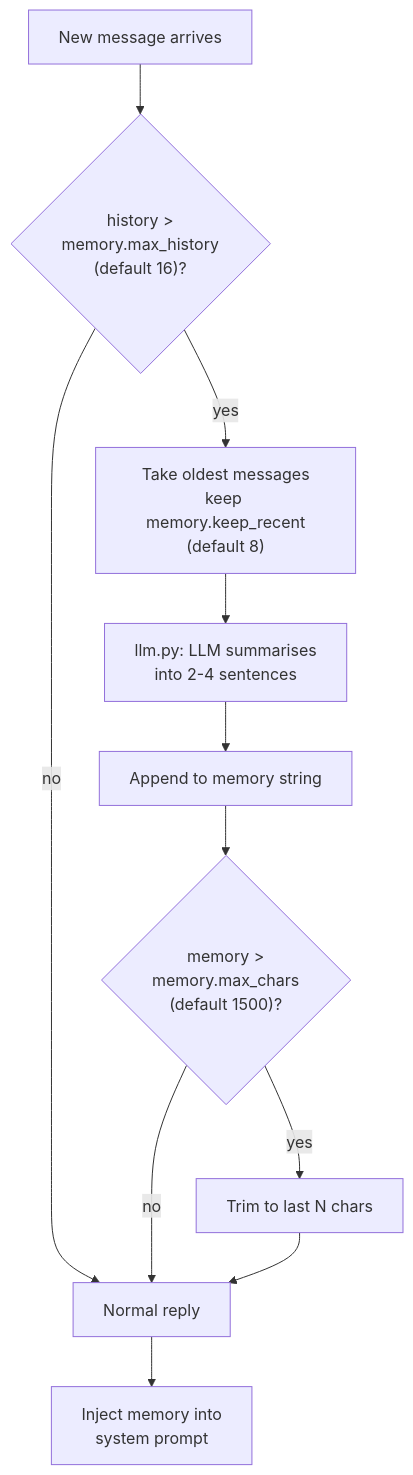
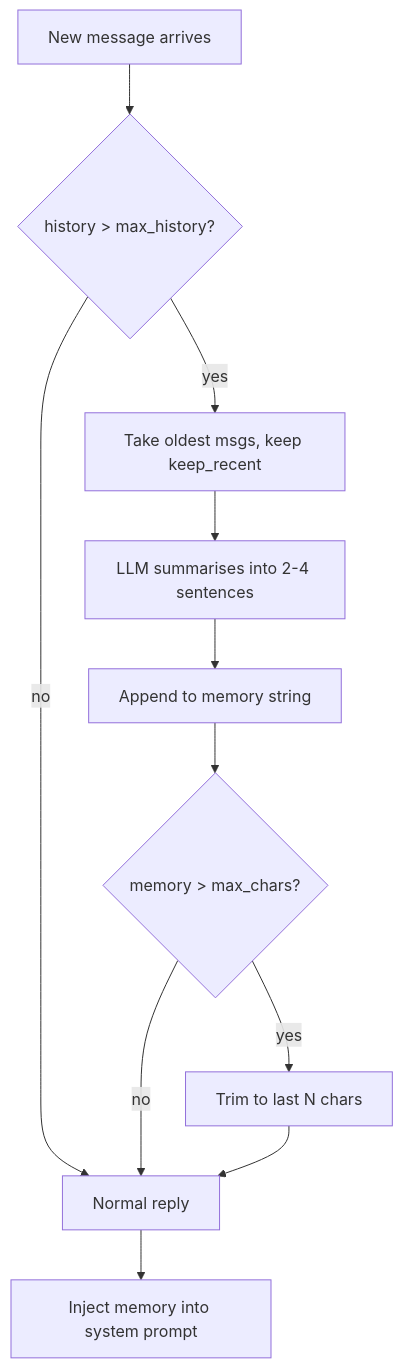
Before and after one commit to cschladetsch/PyLocalEnsemble: the fourth of 4 diagrams in Readme.md, drawn with Mermaid. The commit also changed other lines of this file and 1 other file, not shown here.

Commit message:
Fix Mermaid diagrams: replace multi-line labels with single-line em-dash style

````diff
--- a/Readme.md
+++ b/Readme.md
@@ -382,13 +382,13 @@
 ```mermaid
 flowchart TD
-    M[New message arrives] --> C{"history ><br/>memory.max_history<br/>(default 16)?"}
+    M[New message arrives] --> C{history > max_history?}
     C -->|no| R[Normal reply]
-    C -->|yes| S["Take oldest messages<br/>keep memory.keep_recent<br/>(default 8)"]
-    S --> LLM["llm.py: LLM summarises<br/>into 2-4 sentences"]
+    C -->|yes| S[Take oldest msgs, keep keep_recent]
+    S --> LLM[LLM summarises into 2-4 sentences]
     LLM --> MEM[Append to memory string]
-    MEM --> CAP{"memory ><br/>memory.max_chars<br/>(default 1500)?"}
+    MEM --> CAP{memory > max_chars?}
     CAP -->|yes| TRIM[Trim to last N chars]
     CAP -->|no| R
     TRIM --> R
-    R --> SYS["Inject memory into<br/>system prompt"]
+    R --> SYS[Inject memory into system prompt]
 ```
````
